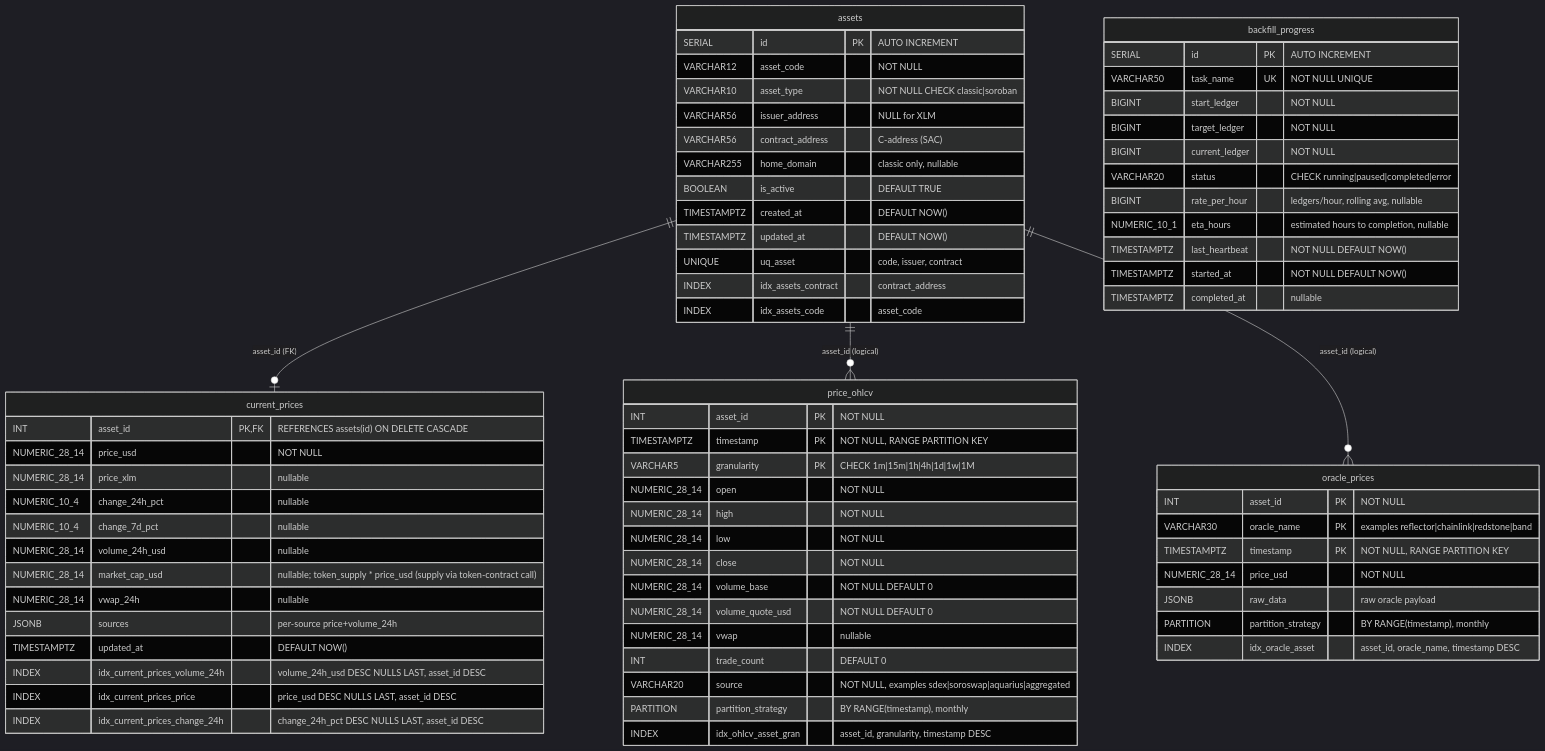
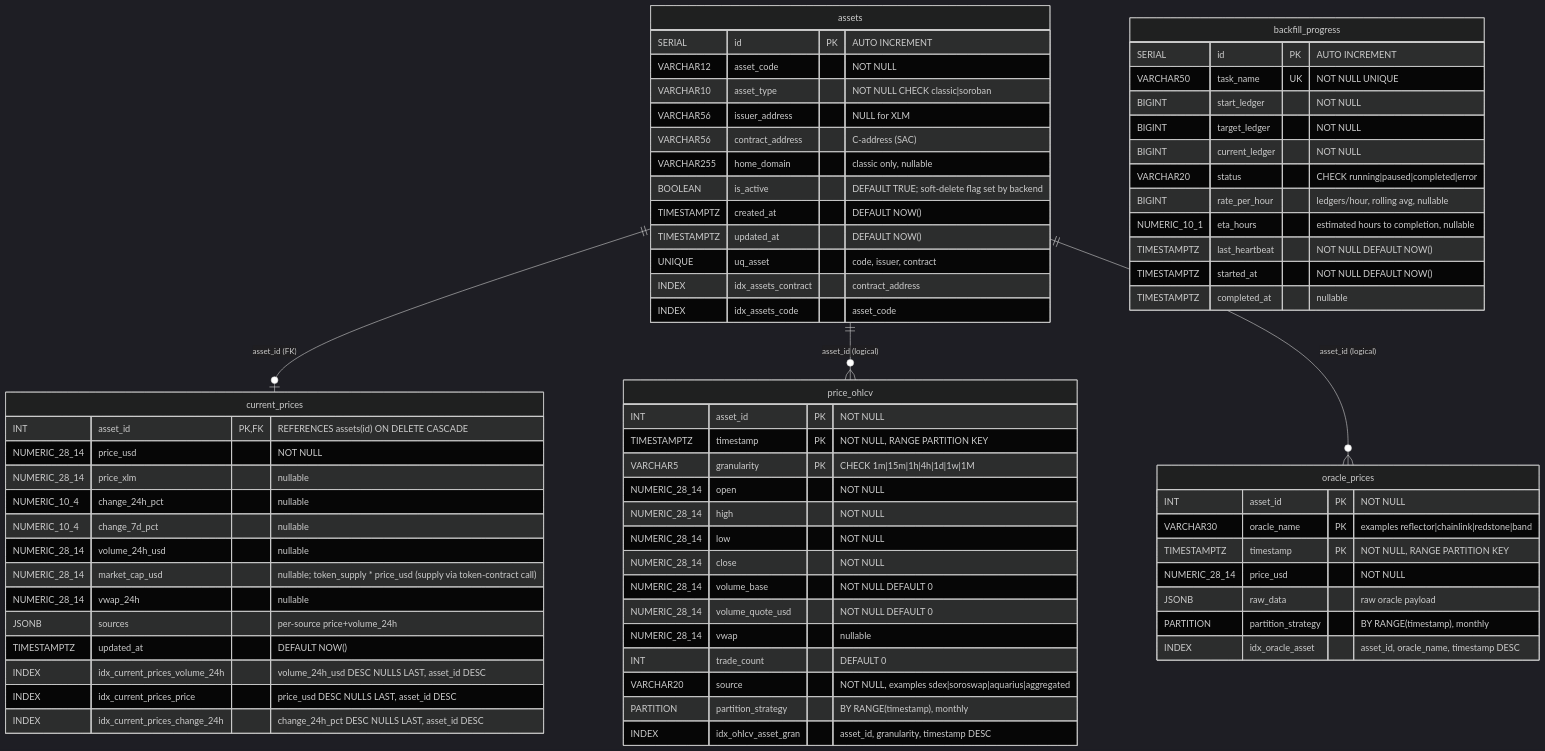
Before and after one commit to rumblefishdev/stellar-prices-api: diagram 12 of 13 in docs/database-schema/database-schema-overview.md, drawn with Mermaid (dark theme). The commit also changed other lines of this file and 1 other file, not shown here.

Commit message:
docs: add note to is_active

````diff
--- a/docs/database-schema/database-schema-overview.md
+++ b/docs/database-schema/database-schema-overview.md
@@ -1237,78 +1249,78 @@
 ```mermaid
 erDiagram
     assets ||--o| current_prices : "asset_id (FK)"
     assets ||--o{ price_ohlcv    : "asset_id (logical)"
     assets ||--o{ oracle_prices  : "asset_id (logical)"
 
     assets {
         SERIAL      id PK "AUTO INCREMENT"
         VARCHAR12   asset_code "NOT NULL"
         VARCHAR10   asset_type "NOT NULL CHECK classic|soroban"
         VARCHAR56   issuer_address "NULL for XLM"
         VARCHAR56   contract_address "C-address (SAC)"
         VARCHAR255  home_domain "classic only, nullable"
-        BOOLEAN     is_active "DEFAULT TRUE"
+        BOOLEAN     is_active "DEFAULT TRUE; soft-delete flag set by backend"
         TIMESTAMPTZ created_at "DEFAULT NOW()"
         TIMESTAMPTZ updated_at "DEFAULT NOW()"
         UNIQUE      uq_asset "code, issuer, contract"
         INDEX       idx_assets_contract "contract_address"
         INDEX       idx_assets_code "asset_code"
     }
 
     price_ohlcv {
         INT           asset_id PK "NOT NULL"
         TIMESTAMPTZ   timestamp PK "NOT NULL, RANGE PARTITION KEY"
         VARCHAR5      granularity PK "CHECK 1m|15m|1h|4h|1d|1w|1M"
         NUMERIC_28_14 open "NOT NULL"
         NUMERIC_28_14 high "NOT NULL"
         NUMERIC_28_14 low "NOT NULL"
         NUMERIC_28_14 close "NOT NULL"
         NUMERIC_28_14 volume_base "NOT NULL DEFAULT 0"
         NUMERIC_28_14 volume_quote_usd "NOT NULL DEFAULT 0"
         NUMERIC_28_14 vwap "nullable"
         INT           trade_count "DEFAULT 0"
         VARCHAR20     source "NOT NULL, examples sdex|soroswap|aquarius|aggregated"
         PARTITION     partition_strategy "BY RANGE(timestamp), monthly"
         INDEX         idx_ohlcv_asset_gran "asset_id, granularity, timestamp DESC"
     }
 
     current_prices {
         INT           asset_id PK,FK "REFERENCES assets(id) ON DELETE CASCADE"
         NUMERIC_28_14 price_usd "NOT NULL"
         NUMERIC_28_14 price_xlm "nullable"
         NUMERIC_10_4  change_24h_pct "nullable"
         NUMERIC_10_4  change_7d_pct "nullable"
         NUMERIC_28_14 volume_24h_usd "nullable"
         NUMERIC_28_14 market_cap_usd "nullable; token_supply * price_usd (supply via token-contract call)"
         NUMERIC_28_14 vwap_24h "nullable"
         JSONB         sources "per-source price+volume_24h"
         TIMESTAMPTZ   updated_at "DEFAULT NOW()"
         INDEX         idx_current_prices_volume_24h "volume_24h_usd DESC NULLS LAST, asset_id DESC"
         INDEX         idx_current_prices_price "price_usd DESC NULLS LAST, asset_id DESC"
         INDEX         idx_current_prices_change_24h "change_24h_pct DESC NULLS LAST, asset_id DESC"
     }
 
     oracle_prices {
         INT           asset_id PK "NOT NULL"
         VARCHAR30     oracle_name PK "examples reflector|chainlink|redstone|band"
         TIMESTAMPTZ   timestamp PK "NOT NULL, RANGE PARTITION KEY"
         NUMERIC_28_14 price_usd "NOT NULL"
         JSONB         raw_data "raw oracle payload"
         PARTITION     partition_strategy "BY RANGE(timestamp), monthly"
         INDEX         idx_oracle_asset "asset_id, oracle_name, timestamp DESC"
     }
 
     backfill_progress {
         SERIAL       id PK "AUTO INCREMENT"
         VARCHAR50    task_name UK "NOT NULL UNIQUE"
         BIGINT       start_ledger "NOT NULL"
         BIGINT       target_ledger "NOT NULL"
         BIGINT       current_ledger "NOT NULL"
         VARCHAR20    status "CHECK running|paused|completed|error"
         BIGINT       rate_per_hour "ledgers/hour, rolling avg, nullable"
         NUMERIC_10_1 eta_hours "estimated hours to completion, nullable"
         TIMESTAMPTZ  last_heartbeat "NOT NULL DEFAULT NOW()"
         TIMESTAMPTZ  started_at "NOT NULL DEFAULT NOW()"
         TIMESTAMPTZ  completed_at "nullable"
     }
 ```
````
